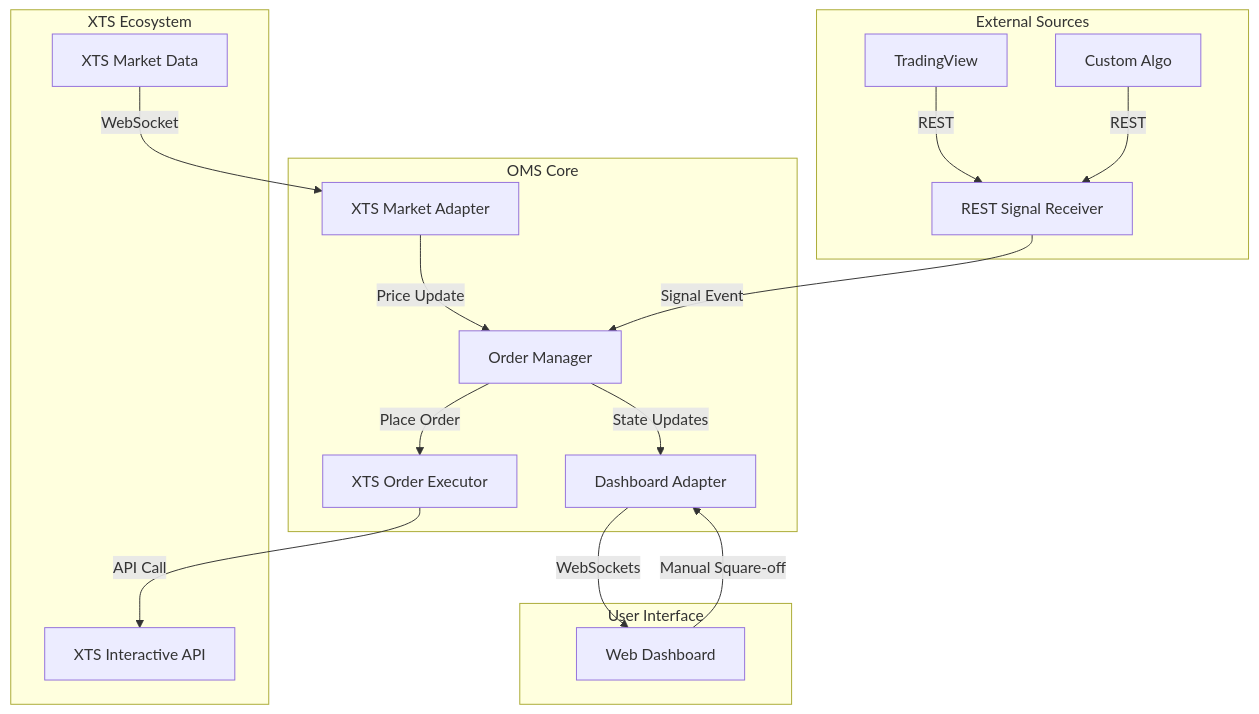
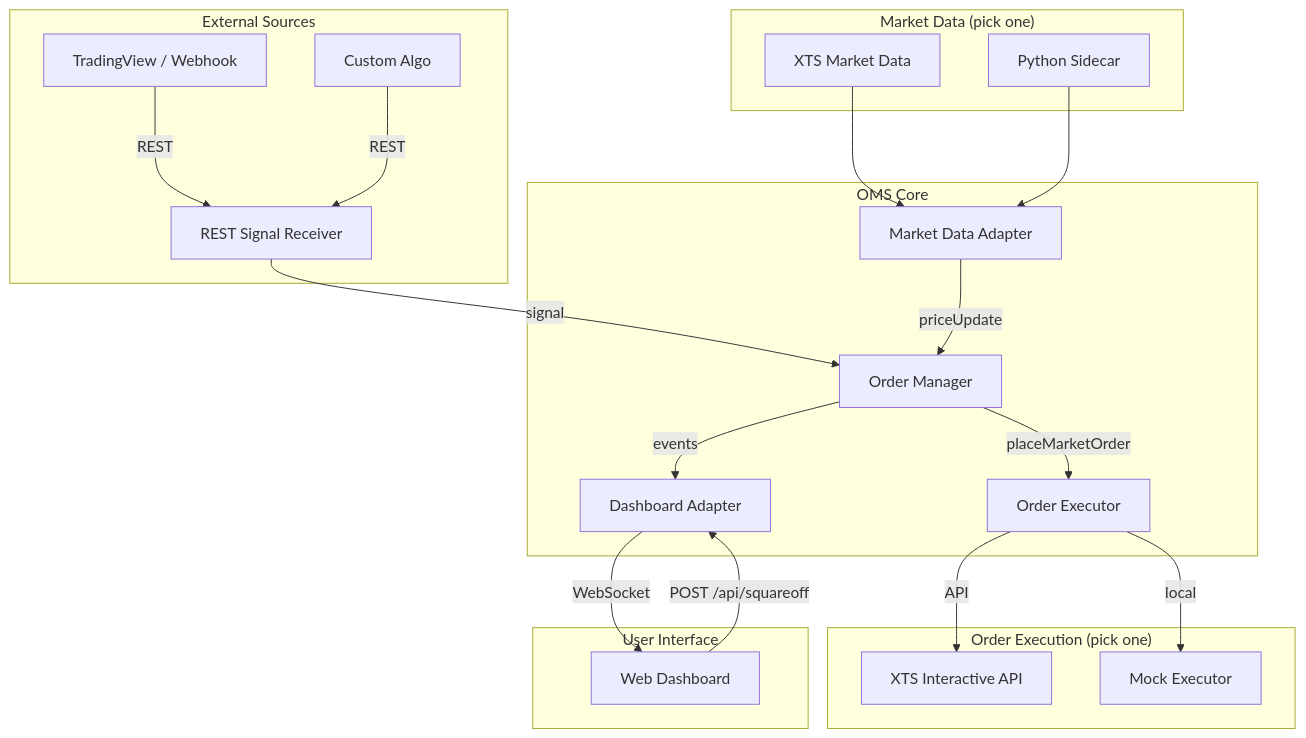
Before and after one commit to shubham-agarwal-techculture/oms-xts-api: the diagram in README.md, drawn with Mermaid. The commit also changed other lines of this file and 17 other files, not shown here.

````diff
--- a/README.md
+++ b/README.md
@@ -20,24 +19,29 @@
 ```mermaid
 graph TD
     subgraph "External Sources"
-        TV[TradingView] -->|REST| REST[REST Signal Receiver]
+        TV[TradingView / Webhook] -->|REST| REST[REST Signal Receiver]
         Algo[Custom Algo] -->|REST| REST
     end
 
     subgraph "OMS Core"
-        REST -->|Signal Event| OM[Order Manager]
-        MD[XTS Market Adapter] -->|Price Update| OM
-        OM -->|Place Order| OE[XTS Order Executor]
-        OM -->|State Updates| DASH[Dashboard Adapter]
+        REST -->|signal| OM[Order Manager]
+        MD[Market Data Adapter] -->|priceUpdate| OM
+        OM -->|placeMarketOrder| OE[Order Executor]
+        OM -->|events| DASH[Dashboard Adapter]
     end
 
-    subgraph "XTS Ecosystem"
-        OE -->|API Call| XTS_INT[XTS Interactive API]
-        XTS_MD[XTS Market Data] -->|WebSocket| MD
+    subgraph "Market Data (pick one)"
+        XTS_MD[XTS Market Data] --> MD
+        PY[Python Sidecar] --> MD
+    end
+
+    subgraph "Order Execution (pick one)"
+        OE -->|API| XTS_INT[XTS Interactive API]
+        OE -->|local| MOCK[Mock Executor]
     end
 
     subgraph "User Interface"
-        DASH -->|WebSockets| UI[Web Dashboard]
-        UI -->|Manual Square-off| DASH
+        DASH -->|WebSocket| UI[Web Dashboard]
+        UI -->|POST /api/squareoff| DASH
     end
 ```
````
